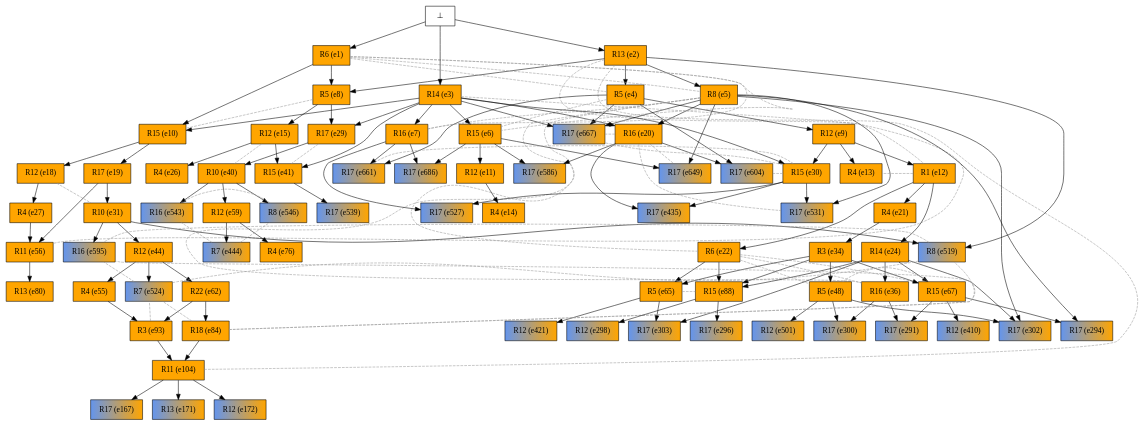
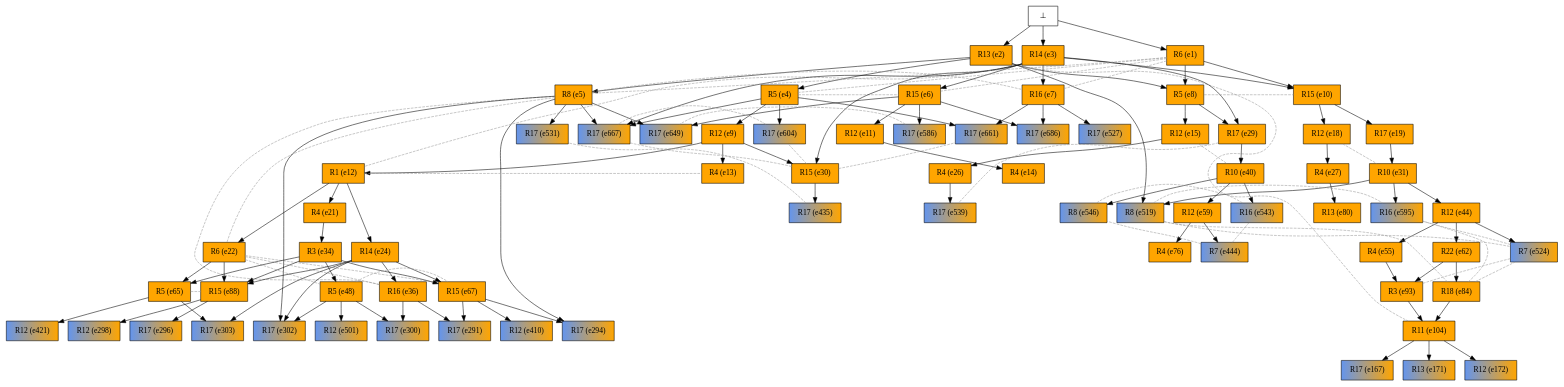
Before and after one commit to giannkas/ecofolder: the diagram in examples/oursin_tasmanie/tasmanian_perturb_final_pr_alg2urc_unf.dot, drawn with Graphviz. The commit also changed 15 other files, not shown here.

```diff
--- a/examples/oursin_tasmanie/tasmanian_perturb_final_pr_alg2urc_unf.dot
+++ b/examples/oursin_tasmanie/tasmanian_perturb_final_pr_alg2urc_unf.dot
@@ -15,8 +15,6 @@
   e8 -> e15;
   e10 -> e18;
   e10 -> e19;
-  e3 -> e20;
-  e5 -> e20;
   e12 -> e21;
   e12 -> e22;
   e12 -> e24;
@@ -30,13 +28,9 @@
   e21 -> e34;
   e24 -> e36;
   e29 -> e40;
-  e3 -> e41;
-  e15 -> e41;
   e31 -> e44;
   e34 -> e48;
   e44 -> e55;
-  e19 -> e56;
-  e27 -> e56;
   e40 -> e59;
   e44 -> e62;
   e22 -> e65;
@@ -44,7 +38,7 @@
   e24 -> e67;
   e34 -> e67;
   e59 -> e76;
-  e56 -> e80;
+  e27 -> e80;
   e62 -> e84;
   e22 -> e88;
   e24 -> e88;
@@ -71,7 +65,6 @@
   e65 -> e303;
   e67 -> e410;
   e65 -> e421;
-  e20 -> e435;
   e30 -> e435;
   e59 -> e444;
   e48 -> e501;
@@ -79,17 +72,13 @@
   e31 -> e519;
   e44 -> e524;
   e7 -> e527;
-  e30 -> e527;
   e5 -> e531;
-  e30 -> e531;
-  e41 -> e539;
+  e26 -> e539;
   e40 -> e543;
   e40 -> e546;
   e6 -> e586;
-  e20 -> e586;
   e31 -> e595;
   e4 -> e604;
-  e20 -> e604;
   e5 -> e649;
   e6 -> e649;
   e4 -> e661;
@@ -108,7 +97,6 @@
   e1 -> e5 [arrowhead=none color=gray60 style=dashed constraint=false];
   e1 -> e6 [arrowhead=none color=gray60 style=dashed constraint=false];
   e1 -> e7 [arrowhead=none color=gray60 style=dashed constraint=false];
-  e2 -> e56 [arrowhead=none color=gray60 style=dashed constraint=false];
   e2 -> e104 [arrowhead=none color=gray60 style=dashed constraint=false];
   e3 -> e12 [arrowhead=none color=gray60 style=dashed constraint=false];
   e4 -> e6 [arrowhead=none color=gray60 style=dashed constraint=false];
@@ -119,13 +107,10 @@
   e12 -> e13 [arrowhead=none color=gray60 style=dashed constraint=false];
   e15 -> e40 [arrowhead=none color=gray60 style=dashed constraint=false];
   e18 -> e31 [arrowhead=none color=gray60 style=dashed constraint=false];
-  e20 -> e531 [arrowhead=none color=gray60 style=dashed constraint=false];
-  e20 -> e649 [arrowhead=none color=gray60 style=dashed constraint=false];
-  e20 -> e667 [arrowhead=none color=gray60 style=dashed constraint=false];
   e22 -> e36 [arrowhead=none color=gray60 style=dashed constraint=false];
   e22 -> e48 [arrowhead=none color=gray60 style=dashed constraint=false];
   e22 -> e67 [arrowhead=none color=gray60 style=dashed constraint=false];
-  e29 -> e41 [arrowhead=none color=gray60 style=dashed constraint=false];
+  e29 -> e539 [arrowhead=none color=gray60 style=dashed constraint=false];
   e30 -> e604 [arrowhead=none color=gray60 style=dashed constraint=false];
   e30 -> e661 [arrowhead=none color=gray60 style=dashed constraint=false];
   e30 -> e667 [arrowhead=none color=gray60 style=dashed constraint=false];
@@ -135,12 +120,15 @@
   e84 -> e524 [arrowhead=none color=gray60 style=dashed constraint=false];
   e84 -> e595 [arrowhead=none color=gray60 style=dashed constraint=false];
   e93 -> e524 [arrowhead=none color=gray60 style=dashed constraint=false];
+  e435 -> e531 [arrowhead=none color=gray60 style=dashed constraint=false];
   e444 -> e543 [arrowhead=none color=gray60 style=dashed constraint=false];
   e444 -> e546 [arrowhead=none color=gray60 style=dashed constraint=false];
   e519 -> e524 [arrowhead=none color=gray60 style=dashed constraint=false];
   e519 -> e595 [arrowhead=none color=gray60 style=dashed constraint=false];
   e524 -> e595 [arrowhead=none color=gray60 style=dashed constraint=false];
   e543 -> e546 [arrowhead=none color=gray60 style=dashed constraint=false];
+  e586 -> e649 [arrowhead=none color=gray60 style=dashed constraint=false];
+  e604 -> e667 [arrowhead=none color=gray60 style=dashed constraint=false];
 
   e1 [color="black" fillcolor="orange:orange" label="R6 (e1)" shape=box style=filled];
   e2 [color="black" fillcolor="orange:orange" label="R13 (e2)" shape=box style=filled];
@@ -159,7 +147,6 @@
   e15 [color="black" fillcolor="orange:orange" label="R12 (e15)" shape=box style=filled];
   e18 [color="black" fillcolor="orange:orange" label="R12 (e18)" shape=box style=filled];
   e19 [color="black" fillcolor="orange:orange" label="R17 (e19)" shape=box style=filled];
-  e20 [color="black" fillcolor="orange:orange" label="R16 (e20)" shape=box style=filled];
   e21 [color="black" fillcolor="orange:orange" label="R4 (e21)" shape=box style=filled];
   e22 [color="black" fillcolor="orange:orange" label="R6 (e22)" shape=box style=filled];
   e24 [color="black" fillcolor="orange:orange" label="R14 (e24)" shape=box style=filled];
@@ -171,11 +158,9 @@
   e34 [color="black" fillcolor="orange:orange" label="R3 (e34)" shape=box style=filled];
   e36 [color="black" fillcolor="orange:orange" label="R16 (e36)" shape=box style=filled];
   e40 [color="black" fillcolor="orange:orange" label="R10 (e40)" shape=box style=filled];
-  e41 [color="black" fillcolor="orange:orange" label="R15 (e41)" shape=box style=filled];
   e44 [color="black" fillcolor="orange:orange" label="R12 (e44)" shape=box style=filled];
   e48 [color="black" fillcolor="orange:orange" label="R5 (e48)" shape=box style=filled];
   e55 [color="black" fillcolor="orange:orange" label="R4 (e55)" shape=box style=filled];
-  e56 [color="black" fillcolor="orange:orange" label="R11 (e56)" shape=box style=filled];
   e59 [color="black" fillcolor="orange:orange" label="R12 (e59)" shape=box style=filled];
   e62 [color="black" fillcolor="orange:orange" label="R22 (e62)" shape=box style=filled];
   e65 [color="black" fillcolor="orange:orange" label="R5 (e65)" shape=box style=filled];
```
